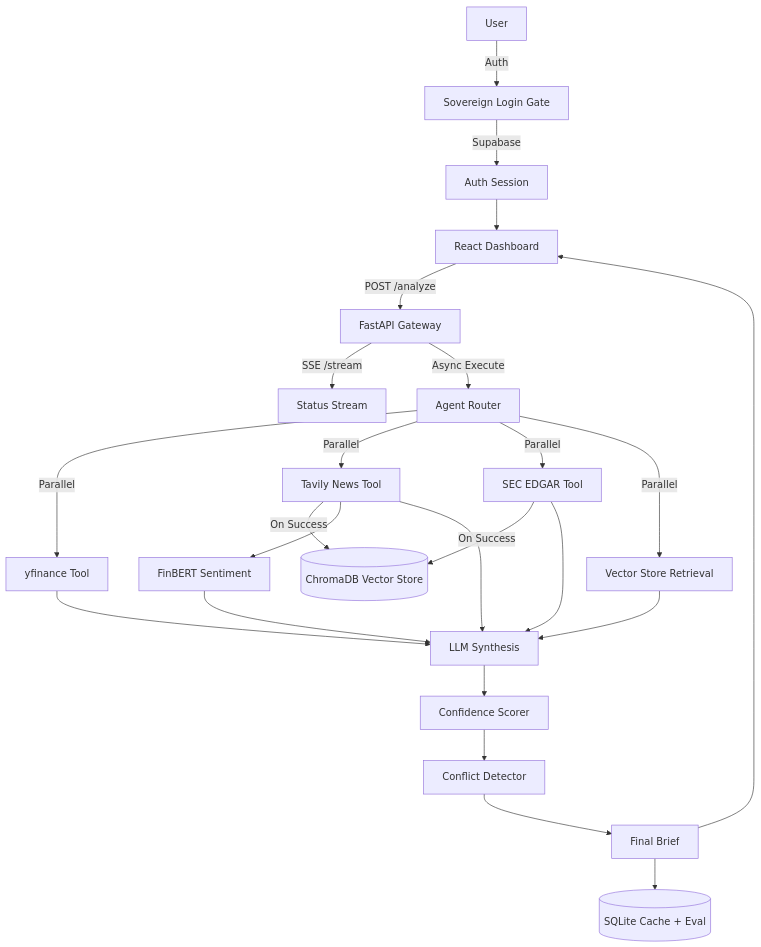
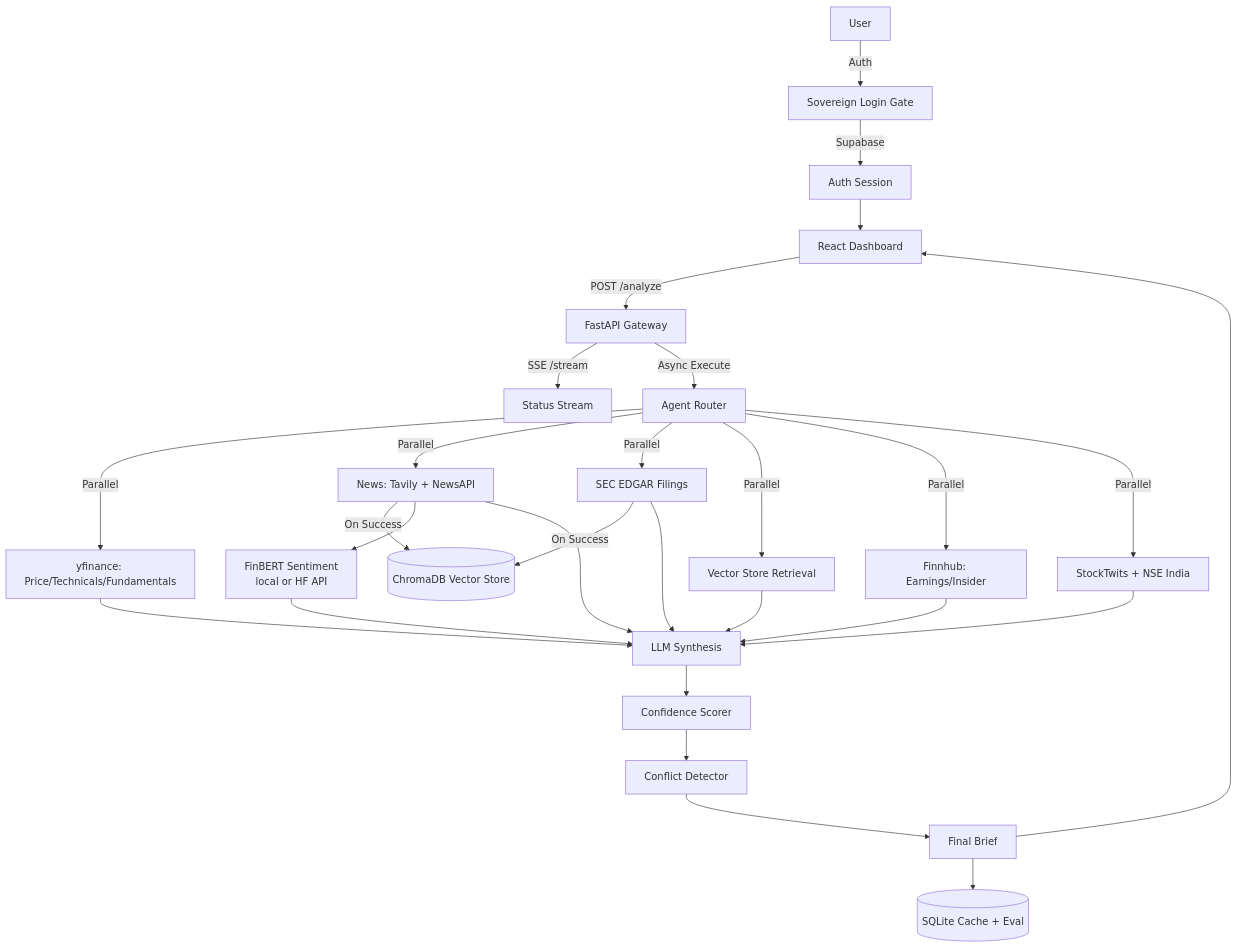
Before and after one commit to ajanm007/Finsight: the diagram in README.md, drawn with Mermaid. The commit also changed other lines of this file, not shown here.

````diff
--- a/README.md
+++ b/README.md
@@ -43,26 +53,28 @@
 ```mermaid
 graph TD
     User[User] -->|Auth| Gate[Sovereign Login Gate]
     Gate -->|Supabase| Session[Auth Session]
     Session --> UI[React Dashboard]
 
     UI -->|POST /analyze| API[FastAPI Gateway]
     API -->|SSE /stream| Stream[Status Stream]
     API -->|Async Execute| Router[Agent Router]
 
-    Router -->|Parallel| T1[yfinance Tool]
-    Router -->|Parallel| T2[Tavily News Tool]
-    Router -->|Parallel| T3[SEC EDGAR Tool]
+    Router -->|Parallel| T1[yfinance: Price/Technicals/Fundamentals]
+    Router -->|Parallel| T2[News: Tavily + NewsAPI]
+    Router -->|Parallel| T3[SEC EDGAR Filings]
     Router -->|Parallel| T4[Vector Store Retrieval]
+    Router -->|Parallel| T5[Finnhub: Earnings/Insider]
+    Router -->|Parallel| T6[StockTwits + NSE India]
 
     T2 & T3 -->|On Success| Chroma[(ChromaDB Vector Store)]
-    T2 --> Sent[FinBERT Sentiment]
+    T2 --> Sent[FinBERT Sentiment<br/>local or HF API]
 
-    T1 & T2 & T3 & T4 & Sent --> Synthesis[LLM Synthesis]
+    T1 & T2 & T3 & T4 & T5 & T6 & Sent --> Synthesis[LLM Synthesis]
     Synthesis --> Conf[Confidence Scorer]
     Conf --> Conflict[Conflict Detector]
 
     Conflict --> Result[Final Brief]
     Result --> DB[(SQLite Cache + Eval)]
     Result --> UI
 ```
````
